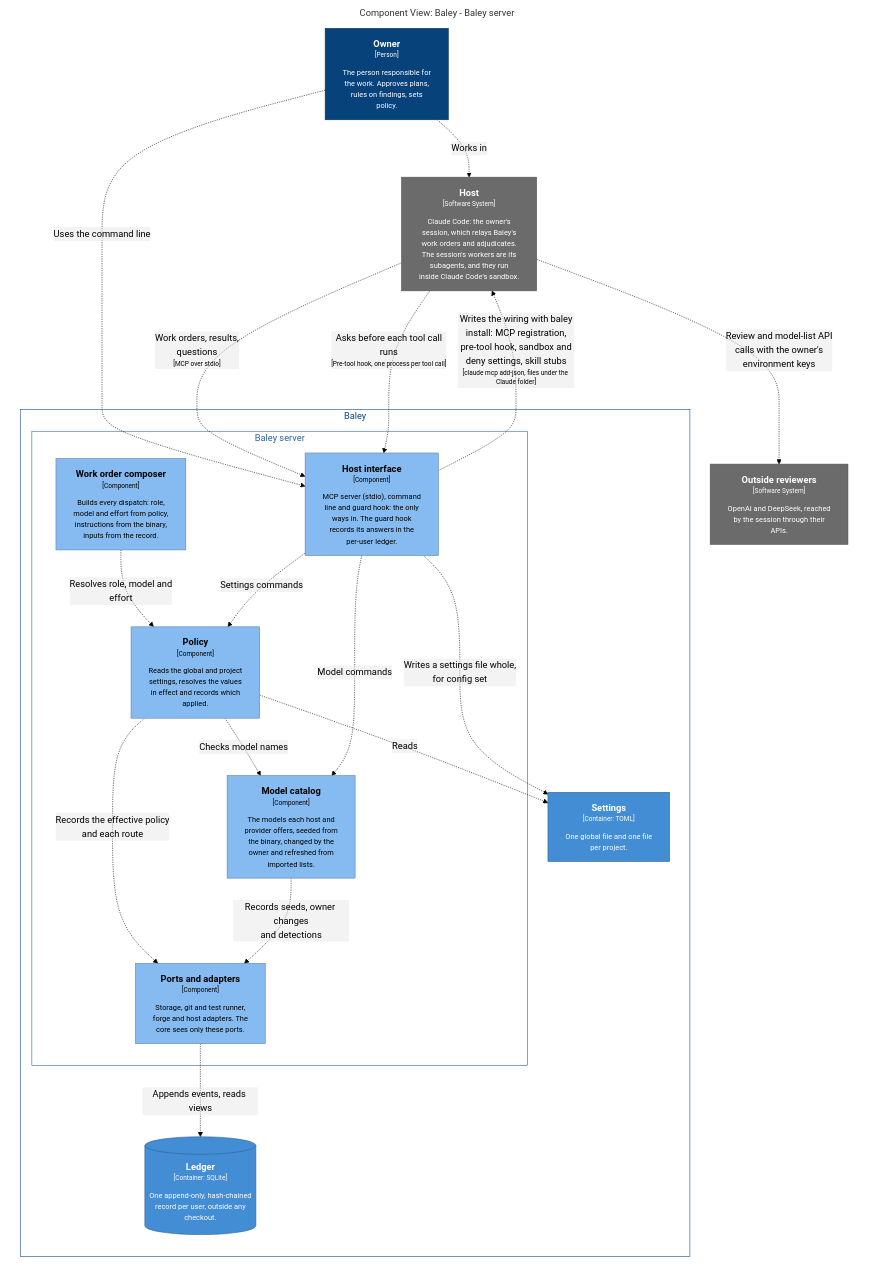
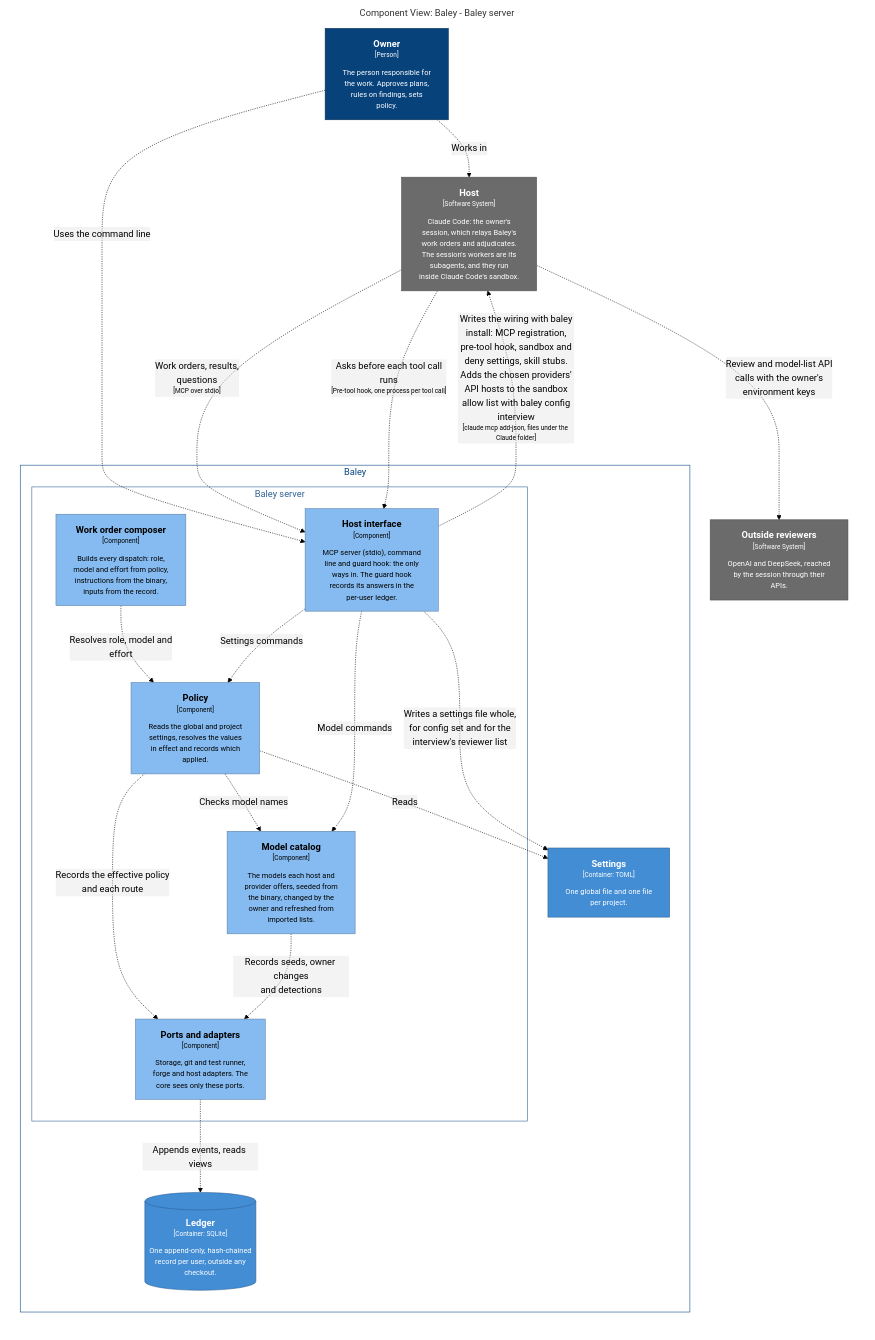
Before and after one commit to crenshawdev/baley: the first of 7 diagrams in docs/design/0003-configuration-and-routing.md, drawn with Mermaid (forest theme). The commit also changed other lines of this file and 3 other files, not shown here.

First line of the commit message:
docs(design): show the interview's host and reviewer-list writes in the C4 model

````diff
--- a/docs/design/0003-configuration-and-routing.md
+++ b/docs/design/0003-configuration-and-routing.md
@@ -28,57 +28,57 @@
 ```mermaid
 graph LR
   linkStyle default fill:none
 
   subgraph diagram ["Component View: Baley - Baley server"]
     style diagram fill:none,stroke:none
 
     1["<div style='font-weight: bold'>Owner</div><div style='font-size: 70%; margin-top: 0px'>[Person]</div><div style='font-size: 80%; margin-top:10px'>The person responsible for<br />the work. Approves plans,<br />rules on findings, sets<br />policy.</div>"]
     style 1 fill:#08427b,stroke:#052e56,color:#ffffff
 
     14["<div style='font-weight: bold'>Host</div><div style='font-size: 70%; margin-top: 0px'>[Software System]</div><div style='font-size: 80%; margin-top:10px'>Claude Code: the owner's<br />session, which relays Baley's<br />work orders and adjudicates.<br />The session's workers are its<br />subagents, and they run<br />inside Claude Code's sandbox.</div>"]
     style 14 fill:#6b6b6b,stroke:#4d4d4d,color:#ffffff
     18["<div style='font-weight: bold'>Outside reviewers</div><div style='font-size: 70%; margin-top: 0px'>[Software System]</div><div style='font-size: 80%; margin-top:10px'>OpenAI and DeepSeek, reached<br />by the session through their<br />APIs.</div>"]
     style 18 fill:#6b6b6b,stroke:#4d4d4d,color:#ffffff
 
     subgraph 2 ["Baley"]
       style 2 fill:none,stroke:#0b4884,color:#0b4884
 
       subgraph 3 ["Baley server"]
         style 3 fill:none,stroke:#2e6295,color:#2e6295
 
         10["<div style='font-weight: bold'>Ports and adapters</div><div style='font-size: 70%; margin-top: 0px'>[Component]</div><div style='font-size: 80%; margin-top:10px'>Storage, git and test runner,<br />forge and host adapters. The<br />core sees only these ports.</div>"]
         style 10 fill:#85bbf0,stroke:#5d82a8,color:#000000
         4["<div style='font-weight: bold'>Host interface</div><div style='font-size: 70%; margin-top: 0px'>[Component]</div><div style='font-size: 80%; margin-top:10px'>MCP server (stdio), command<br />line and guard hook: the only<br />ways in. The guard hook<br />records its answers in the<br />per-user ledger.</div>"]
         style 4 fill:#85bbf0,stroke:#5d82a8,color:#000000
         7["<div style='font-weight: bold'>Work order composer</div><div style='font-size: 70%; margin-top: 0px'>[Component]</div><div style='font-size: 80%; margin-top:10px'>Builds every dispatch: role,<br />model and effort from policy,<br />instructions from the binary,<br />inputs from the record.</div>"]
         style 7 fill:#85bbf0,stroke:#5d82a8,color:#000000
         8["<div style='font-weight: bold'>Policy</div><div style='font-size: 70%; margin-top: 0px'>[Component]</div><div style='font-size: 80%; margin-top:10px'>Reads the global and project<br />settings, resolves the values<br />in effect and records which<br />applied.</div>"]
         style 8 fill:#85bbf0,stroke:#5d82a8,color:#000000
         9["<div style='font-weight: bold'>Model catalog</div><div style='font-size: 70%; margin-top: 0px'>[Component]</div><div style='font-size: 80%; margin-top:10px'>The models each host and<br />provider offers, seeded from<br />the binary, changed by the<br />owner and refreshed from<br />imported lists.</div>"]
         style 9 fill:#85bbf0,stroke:#5d82a8,color:#000000
       end
 
       12[("<div style='font-weight: bold'>Ledger</div><div style='font-size: 70%; margin-top: 0px'>[Container: SQLite]</div><div style='font-size: 80%; margin-top:10px'>One append-only, hash-chained<br />record per user, outside any<br />checkout.</div>")]
       style 12 fill:#438dd5,stroke:#2e6295,color:#ffffff
       13["<div style='font-weight: bold'>Settings</div><div style='font-size: 70%; margin-top: 0px'>[Container: TOML]</div><div style='font-size: 80%; margin-top:10px'>One global file and one file<br />per project.</div>"]
       style 13 fill:#438dd5,stroke:#2e6295,color:#ffffff
     end
 
     1-. "<div>Works in</div><div style='font-size: 70%'></div>" .->14
     1-. "<div>Uses the command line</div><div style='font-size: 70%'></div>" .->4
     14-. "<div>Work orders, results,<br />questions</div><div style='font-size: 70%'>[MCP over stdio]</div>" .->4
     14-. "<div>Asks before each tool call<br />runs</div><div style='font-size: 70%'>[Pre-tool hook, one process per tool call]</div>" .->4
-    4-. "<div>Writes the wiring with baley<br />install: MCP registration,<br />pre-tool hook, sandbox and<br />deny settings, skill stubs</div><div style='font-size: 70%'>[claude mcp add-json, files under the Claude folder]</div>" .->14
+    4-. "<div>Writes the wiring with baley<br />install: MCP registration,<br />pre-tool hook, sandbox and<br />deny settings, skill stubs.<br />Adds the chosen providers'<br />API hosts to the sandbox<br />allow list with baley config<br />interview</div><div style='font-size: 70%'>[claude mcp add-json, files under the Claude folder]</div>" .->14
     14-. "<div>Review and model-list API<br />calls with the owner's<br />environment keys</div><div style='font-size: 70%'></div>" .->18
     7-. "<div>Resolves role, model and<br />effort</div><div style='font-size: 70%'></div>" .->8
     8-. "<div>Reads</div><div style='font-size: 70%'></div>" .->13
-    4-. "<div>Writes a settings file whole,<br />for config set</div><div style='font-size: 70%'></div>" .->13
+    4-. "<div>Writes a settings file whole,<br />for config set and for the<br />interview's reviewer list</div><div style='font-size: 70%'></div>" .->13
     8-. "<div>Checks model names</div><div style='font-size: 70%'></div>" .->9
     8-. "<div>Records the effective policy<br />and each route</div><div style='font-size: 70%'></div>" .->10
     4-. "<div>Settings commands</div><div style='font-size: 70%'></div>" .->8
     4-. "<div>Model commands</div><div style='font-size: 70%'></div>" .->9
     9-. "<div>Records seeds, owner changes<br />and detections</div><div style='font-size: 70%'></div>" .->10
     10-. "<div>Appends events, reads views</div><div style='font-size: 70%'></div>" .->12
 
   end
 ```
````
